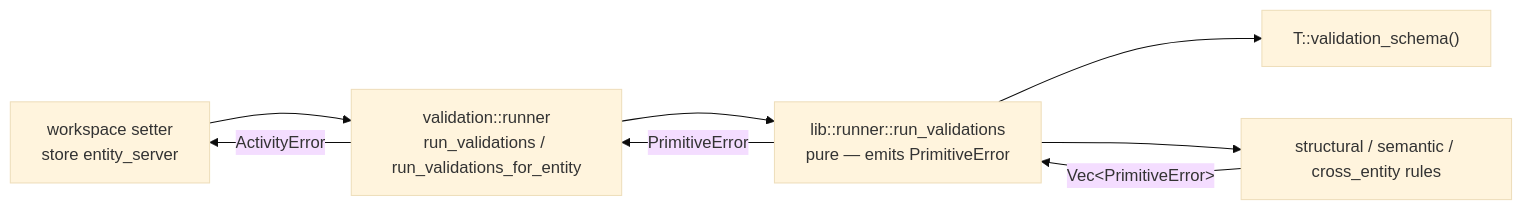
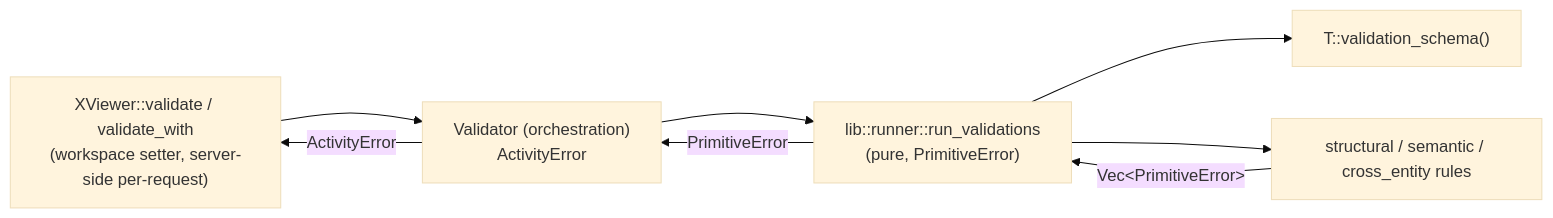
Before and after one commit to Gubbi/pari: the second of 2 diagrams in docs/design/layers/validation.md, drawn with Mermaid (base theme). The commit also changed other lines of this file, not shown here.

First line of the commit message:
Reposition validation as a workspace sub-area

````diff
--- a/docs/design/layers/validation.md
+++ b/docs/design/layers/validation.md
@@ -101,15 +88,15 @@
 ```mermaid
 flowchart LR
-    caller["workspace setter<br/>store entity_server"]
-    orch["validation::runner<br/>run_validations / run_validations_for_entity"]
-    pure["lib::runner::run_validations<br/>pure — emits PrimitiveError"]
+    caller["XViewer::validate / validate_with<br/>(workspace setter, server-side per-request)"]
+    val["Validator (orchestration)<br/>ActivityError"]
+    pure["lib::runner::run_validations<br/>(pure, PrimitiveError)"]
     schema["T::validation_schema()"]
     rules["structural / semantic / cross_entity rules"]
 
-    caller --> orch --> pure
+    caller --> val --> pure
     pure --> schema
     pure --> rules
     rules -- "Vec&lt;PrimitiveError&gt;" --> pure
-    pure -- "PrimitiveError" --> orch
-    orch -- "ActivityError" --> caller
+    pure -- "PrimitiveError" --> val
+    val -- "ActivityError" --> caller
 ```
````
